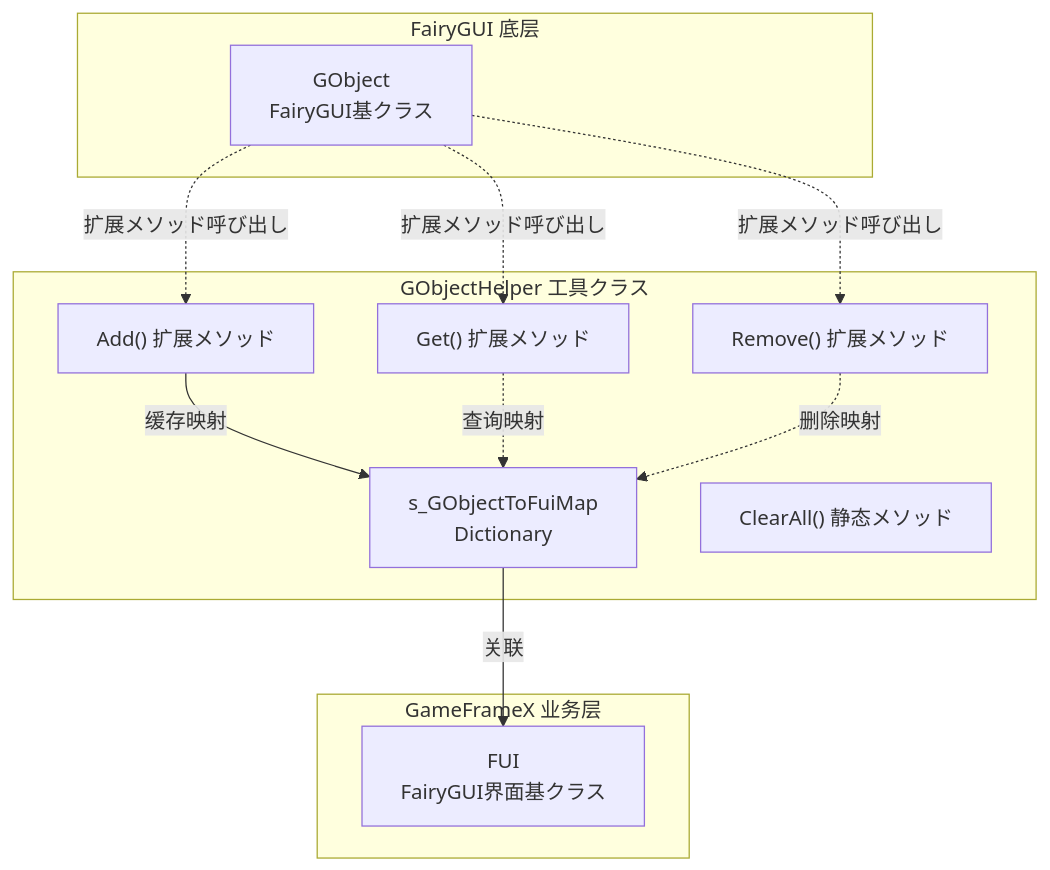
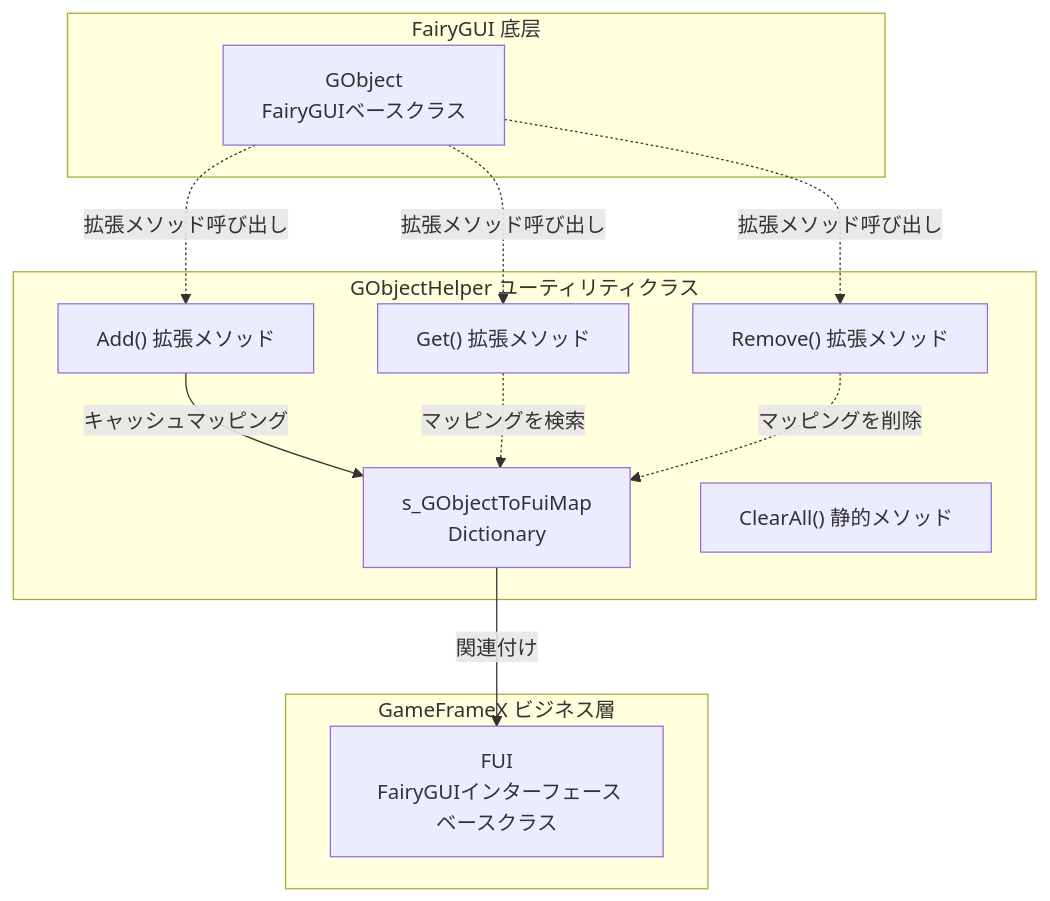
Before and after one commit to AlianBlank/GameFrameX.Docs: the first of 2 diagrams in docs/ja/client/unity/component/ui-fairygui/12.gobject-helper.md, drawn with Mermaid. The commit also changed other lines of this file and 320 other files, not shown here.

````diff
--- a/docs/ja/client/unity/component/ui-fairygui/12.gobject-helper.md
+++ b/docs/ja/client/unity/component/ui-fairygui/12.gobject-helper.md
@@ -21,26 +21,26 @@
 ```mermaid
 flowchart TD
-    subgraph GObjectHelper["GObjectHelper 工具クラス"]
+    subgraph GObjectHelper["GObjectHelper ユーティリティクラス"]
         Cache["s_GObjectToFuiMap<br/>Dictionary<GObject, FUI>"]
-        Get["Get<T>() 扩展メソッド"]
-        Add["Add() 扩展メソッド"]
-        Remove["Remove() 扩展メソッド"]
-        ClearAll["ClearAll() 静态メソッド"]
+        Get["Get<T>() 拡張メソッド"]
+        Add["Add() 拡張メソッド"]
+        Remove["Remove() 拡張メソッド"]
+        ClearAll["ClearAll() 静的メソッド"]
     end
 
     subgraph FairyGUI["FairyGUI 底层"]
-        GObject["GObject<br/> FairyGUI基クラス"]
+        GObject["GObject<br/> FairyGUIベースクラス"]
     end
 
-    subgraph GameFrameX["GameFrameX 业务层"]
-        FUI["FUI<br/> FairyGUI界面基クラス"]
+    subgraph GameFrameX["GameFrameX ビジネス層"]
+        FUI["FUI<br/> FairyGUIインターフェースベースクラス"]
     end
 
-    GObject -.->|"扩展メソッド呼び出し"| Get
-    GObject -.->|"扩展メソッド呼び出し"| Add
-    GObject -.->|"扩展メソッド呼び出し"| Remove
-    Add -->|"缓存映射"| Cache
-    Get -.->|"查询映射"| Cache
-    Remove -.->|"删除映射"| Cache
-    Cache -->|"关联"| FUI
+    GObject -.->|"拡張メソッド呼び出し"| Get
+    GObject -.->|"拡張メソッド呼び出し"| Add
+    GObject -.->|"拡張メソッド呼び出し"| Remove
+    Add -->|"キャッシュマッピング"| Cache
+    Get -.->|"マッピングを検索"| Cache
+    Remove -.->|"マッピングを削除"| Cache
+    Cache -->|"関連付け"| FUI
 ```
````
